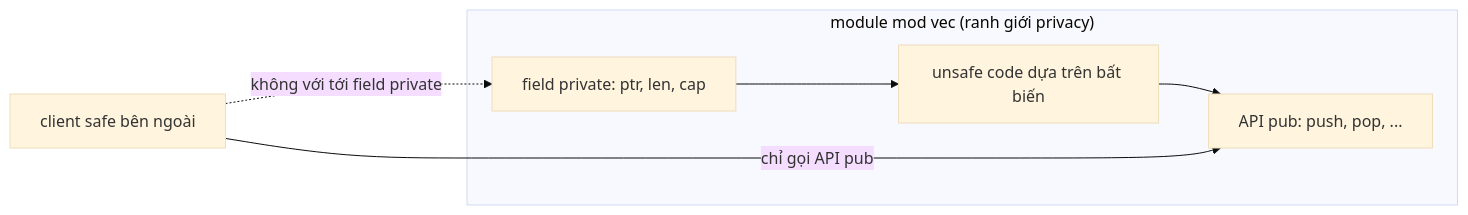
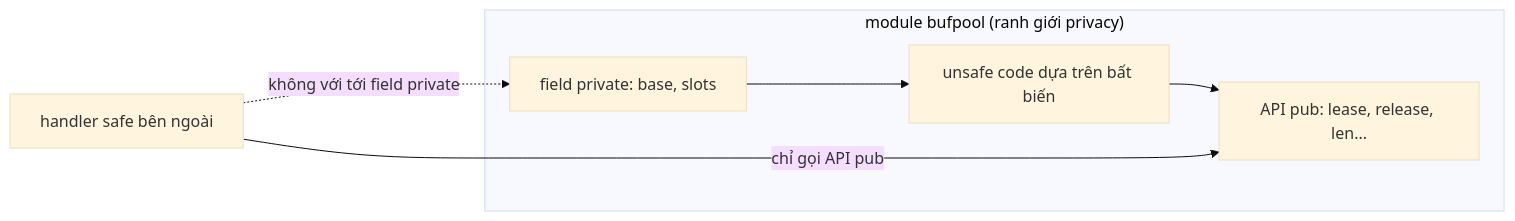
The second of 4 diagrams in docs/10-rust-internals/07-unsafe-ub-miri.md (pirumu/irust), drawn with Mermaid (base theme) before and after one commit. The commit also changed other lines of this file and 35 other files, not shown here.

````diff
--- a/docs/10-rust-internals/07-unsafe-ub-miri.md
+++ b/docs/10-rust-internals/07-unsafe-ub-miri.md
@@ -123,11 +169,11 @@
 ```mermaid
 flowchart LR
-  subgraph M["module mod vec (ranh giới privacy)"]
-    P["field private: ptr, len, cap"]
+  subgraph M["module bufpool (ranh giới privacy)"]
+    P["field private: base, slots"]
     U["unsafe code dựa trên bất biến"]
-    A["API pub: push, pop, ..."]
+    A["API pub: lease, release, len..."]
     P --> U --> A
   end
-  C["client safe bên ngoài"] -->|"chỉ gọi API pub"| A
+  C["handler safe bên ngoài"] -->|"chỉ gọi API pub"| A
   C -.->|"không với tới field private"| P
 ```
````
